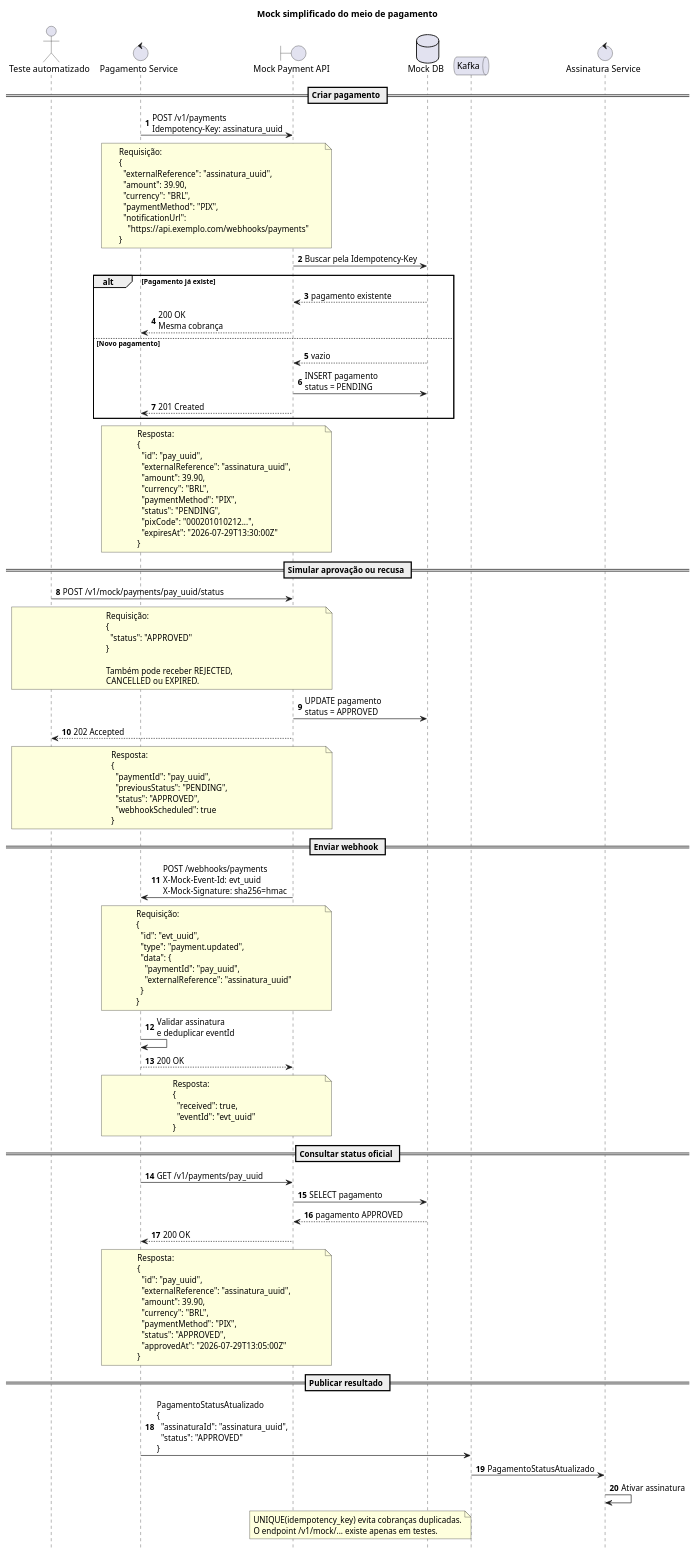
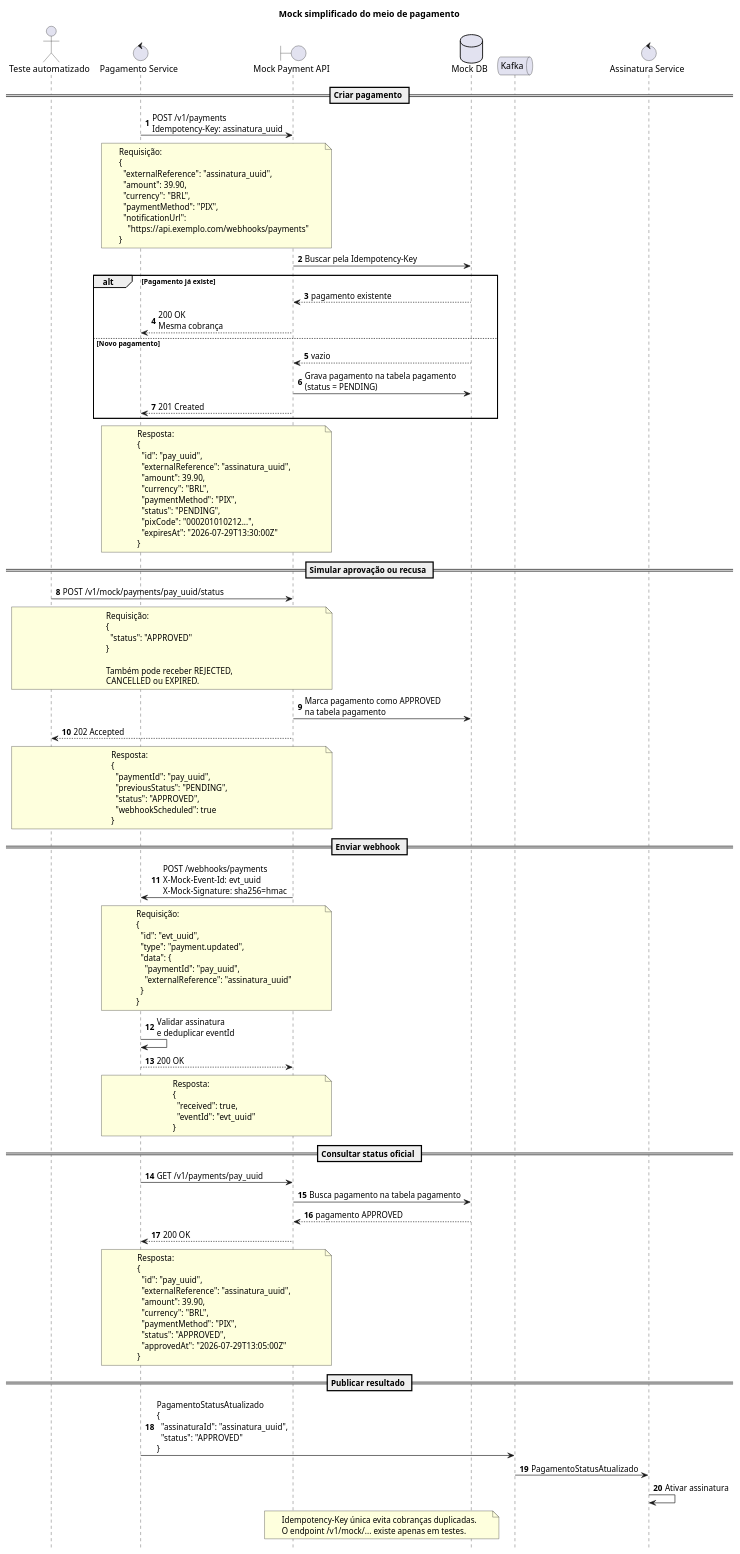
The diagram in docs/contratos/mock-meio-pagamento.puml (fabriciosouza21/assinatura), drawn with PlantUML before and after one commit. The commit also changed 18 other files, not shown here.

First line of the commit message:
docs: sincroniza diagramas plantuml com a implementacao atual

```diff
--- a/docs/contratos/mock-meio-pagamento.puml
+++ b/docs/contratos/mock-meio-pagamento.puml
@@ -1,141 +1,141 @@
 @startuml
 title Mock simplificado do meio de pagamento
 
 autonumber
 hide footbox
 skinparam responseMessageBelowArrow true
 
 actor "Teste automatizado" as TEST
 control "Pagamento Service" as PS
 boundary "Mock Payment API" as MOCK
 database "Mock DB" as DB
 queue "Kafka" as KAFKA
 control "Assinatura Service" as AS
 
 == Criar pagamento ==
 
 PS -> MOCK: POST /v1/payments\nIdempotency-Key: assinatura_uuid
 
 note over PS, MOCK
   Requisição:
   {
     "externalReference": "assinatura_uuid",
     "amount": 39.90,
     "currency": "BRL",
     "paymentMethod": "PIX",
     "notificationUrl":
       "https://api.exemplo.com/webhooks/payments"
   }
 end note
 
 MOCK -> DB: Buscar pela Idempotency-Key
 
 alt Pagamento já existe
     DB --> MOCK: pagamento existente
     MOCK --> PS: 200 OK\nMesma cobrança
 else Novo pagamento
     DB --> MOCK: vazio
-    MOCK -> DB: INSERT pagamento\nstatus = PENDING
+    MOCK -> DB: Grava pagamento na tabela pagamento\n(status = PENDING)
     MOCK --> PS: 201 Created
 end
 
 note over PS, MOCK
   Resposta:
   {
     "id": "pay_uuid",
     "externalReference": "assinatura_uuid",
     "amount": 39.90,
     "currency": "BRL",
     "paymentMethod": "PIX",
     "status": "PENDING",
     "pixCode": "000201010212...",
     "expiresAt": "2026-07-29T13:30:00Z"
   }
 end note
 
 == Simular aprovação ou recusa ==
 
 TEST -> MOCK: POST /v1/mock/payments/pay_uuid/status
 
 note over TEST, MOCK
   Requisição:
   {
     "status": "APPROVED"
   }
 
   Também pode receber REJECTED,
   CANCELLED ou EXPIRED.
 end note
 
-MOCK -> DB: UPDATE pagamento\nstatus = APPROVED
+MOCK -> DB: Marca pagamento como APPROVED\nna tabela pagamento
 MOCK --> TEST: 202 Accepted
 
 note over TEST, MOCK
   Resposta:
   {
     "paymentId": "pay_uuid",
     "previousStatus": "PENDING",
     "status": "APPROVED",
     "webhookScheduled": true
   }
 end note
 
 == Enviar webhook ==
 
 MOCK -> PS: POST /webhooks/payments\nX-Mock-Event-Id: evt_uuid\nX-Mock-Signature: sha256=hmac
 
 note over MOCK, PS
   Requisição:
   {
     "id": "evt_uuid",
     "type": "payment.updated",
     "data": {
       "paymentId": "pay_uuid",
       "externalReference": "assinatura_uuid"
     }
   }
 end note
 
 PS -> PS: Validar assinatura\ne deduplicar eventId
 PS --> MOCK: 200 OK
 
 note over MOCK, PS
   Resposta:
   {
     "received": true,
     "eventId": "evt_uuid"
   }
 end note
 
 == Consultar status oficial ==
 
 PS -> MOCK: GET /v1/payments/pay_uuid
-MOCK -> DB: SELECT pagamento
+MOCK -> DB: Busca pagamento na tabela pagamento
 DB --> MOCK: pagamento APPROVED
 MOCK --> PS: 200 OK
 
 note over PS, MOCK
   Resposta:
   {
     "id": "pay_uuid",
     "externalReference": "assinatura_uuid",
     "amount": 39.90,
     "currency": "BRL",
     "paymentMethod": "PIX",
     "status": "APPROVED",
     "approvedAt": "2026-07-29T13:05:00Z"
   }
 end note
 
 == Publicar resultado ==
 
 PS -> KAFKA: PagamentoStatusAtualizado\n{\n  "assinaturaId": "assinatura_uuid",\n  "status": "APPROVED"\n}
 KAFKA -> AS: PagamentoStatusAtualizado
 AS -> AS: Ativar assinatura
 
 note over MOCK, DB
-  UNIQUE(idempotency_key) evita cobranças duplicadas.
+  Idempotency-Key única evita cobranças duplicadas.
   O endpoint /v1/mock/... existe apenas em testes.
 end note
 
 @enduml
```
